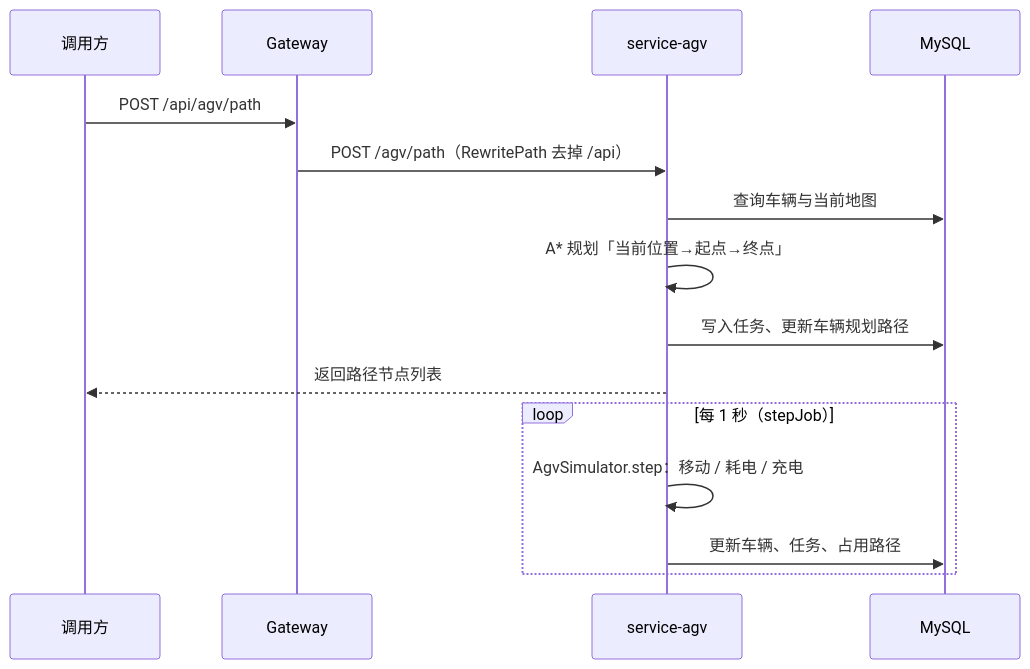
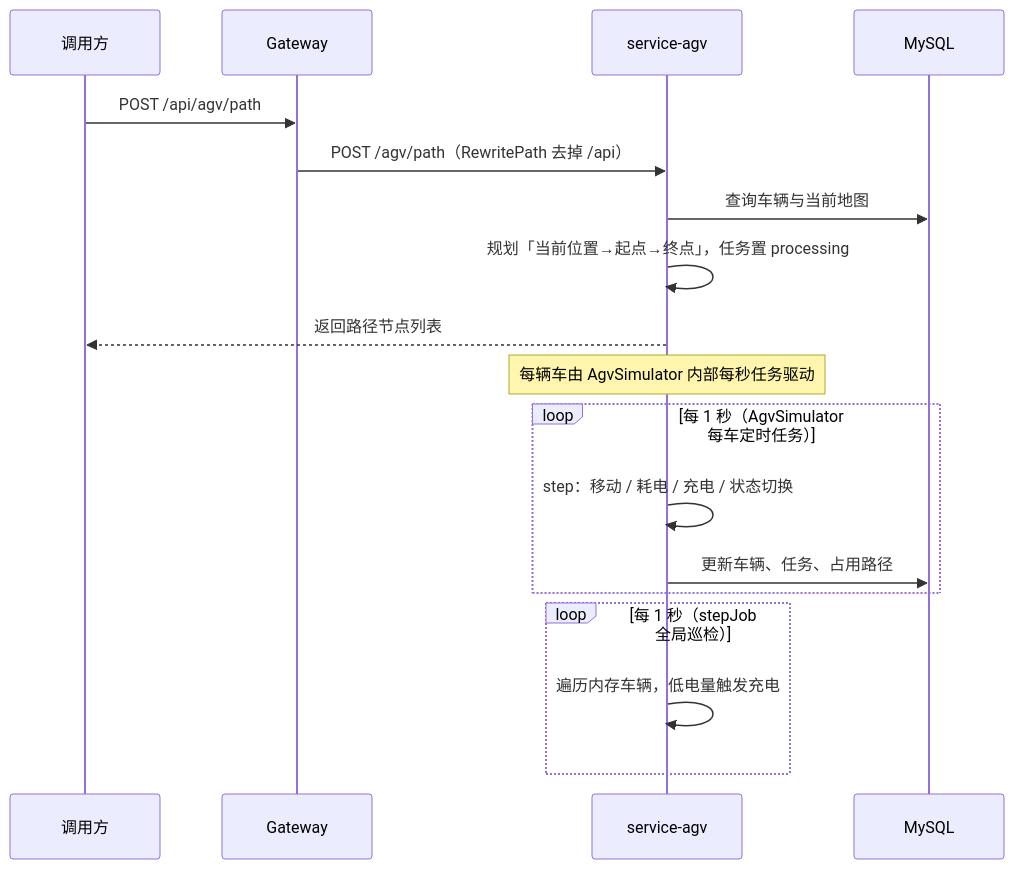
The second of 2 diagrams in agv-map-system-backend/README.md (Zk-zengke/AGV), drawn with Mermaid before and after one commit. The commit also changed other lines of this file, not shown here.

````diff
--- a/agv-map-system-backend/README.md
+++ b/agv-map-system-backend/README.md
@@ -433,17 +465,20 @@
 ```mermaid
 sequenceDiagram
     participant C as 调用方
     participant G as Gateway
     participant S as service-agv
     participant DB as MySQL
     C->>G: POST /api/agv/path
     G->>S: POST /agv/path（RewritePath 去掉 /api）
     S->>DB: 查询车辆与当前地图
-    S->>S: A* 规划「当前位置→起点→终点」
-    S->>DB: 写入任务、更新车辆规划路径
+    S->>S: 规划「当前位置→起点→终点」，任务置 processing
     S-->>C: 返回路径节点列表
-    loop 每 1 秒（stepJob）
-        S->>S: AgvSimulator.step：移动 / 耗电 / 充电
+    Note over S: 每辆车由 AgvSimulator 内部每秒任务驱动
+    loop 每 1 秒（AgvSimulator 每车定时任务）
+        S->>S: step：移动 / 耗电 / 充电 / 状态切换
         S->>DB: 更新车辆、任务、占用路径
     end
+    loop 每 1 秒（stepJob 全局巡检）
+        S->>S: 遍历内存车辆，低电量触发充电
+    end
 ```
````
